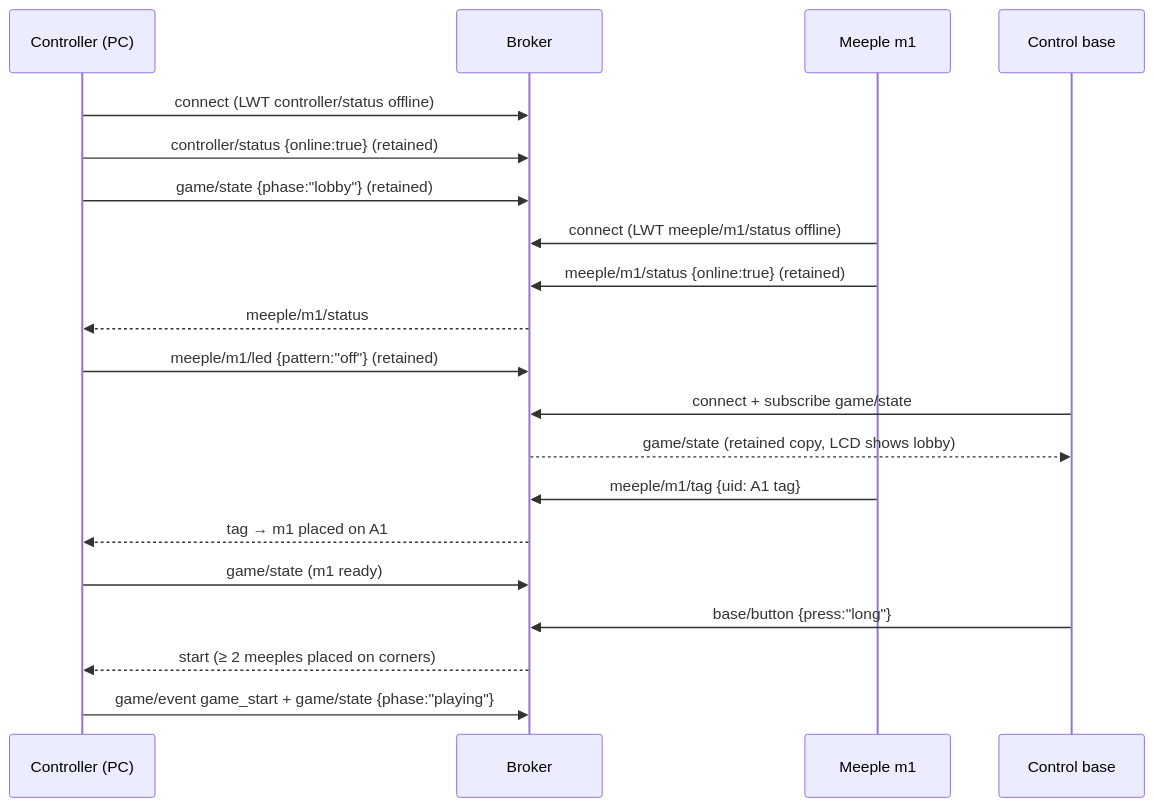
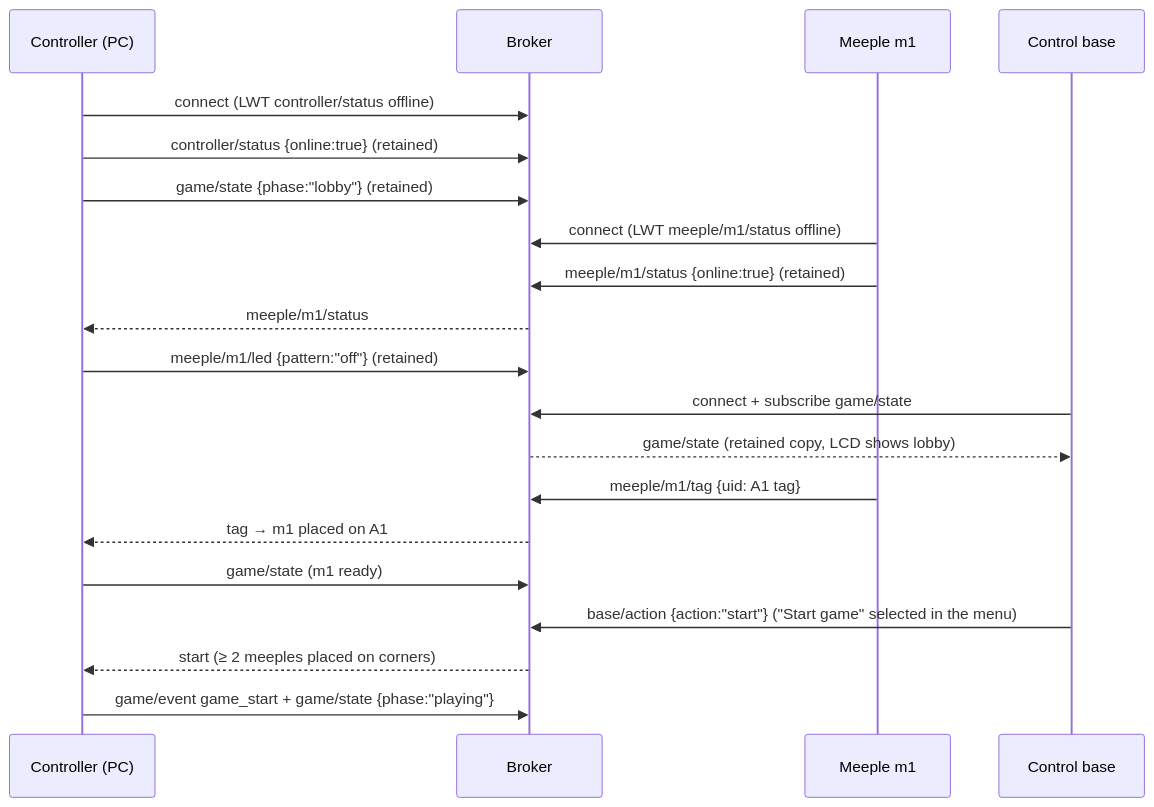
One commit to Elcris1/last-meeple-standing changed the first of 3 diagrams in docs/protocol.md. Above: the diagram before and after it, drawn with Mermaid. The commit also changed other lines of this file, not shown here.

````diff
--- a/docs/protocol.md
+++ b/docs/protocol.md
@@ -197,22 +243,22 @@
 ```mermaid
 sequenceDiagram
     participant C as Controller (PC)
     participant B as Broker
     participant M as Meeple m1
     participant S as Control base
     C->>B: connect (LWT controller/status offline)
     C->>B: controller/status {online:true} (retained)
     C->>B: game/state {phase:"lobby"} (retained)
     M->>B: connect (LWT meeple/m1/status offline)
     M->>B: meeple/m1/status {online:true} (retained)
     B-->>C: meeple/m1/status
     C->>B: meeple/m1/led {pattern:"off"} (retained)
     S->>B: connect + subscribe game/state
     B-->>S: game/state (retained copy, LCD shows lobby)
     M->>B: meeple/m1/tag {uid: A1 tag}
     B-->>C: tag → m1 placed on A1
     C->>B: game/state (m1 ready)
-    S->>B: base/button {press:"long"}
+    S->>B: base/action {action:"start"} ("Start game" selected in the menu)
     B-->>C: start (≥ 2 meeples placed on corners)
     C->>B: game/event game_start + game/state {phase:"playing"}
 ```
````
